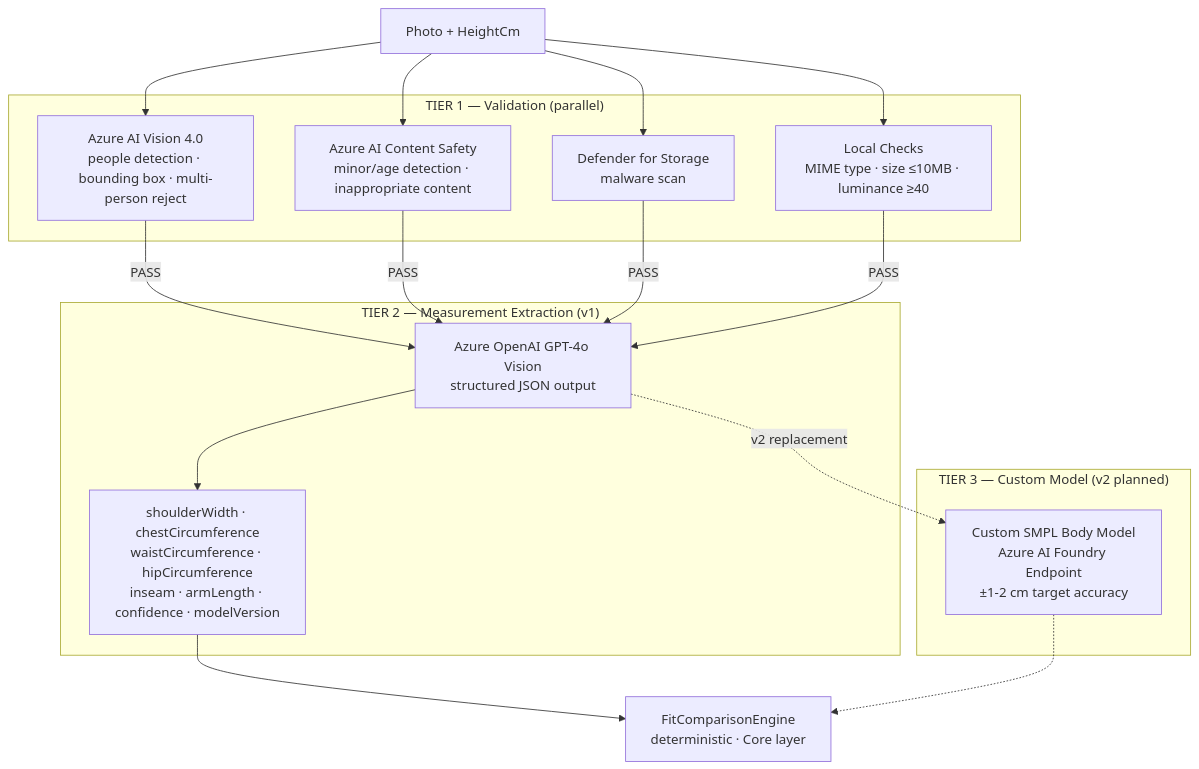
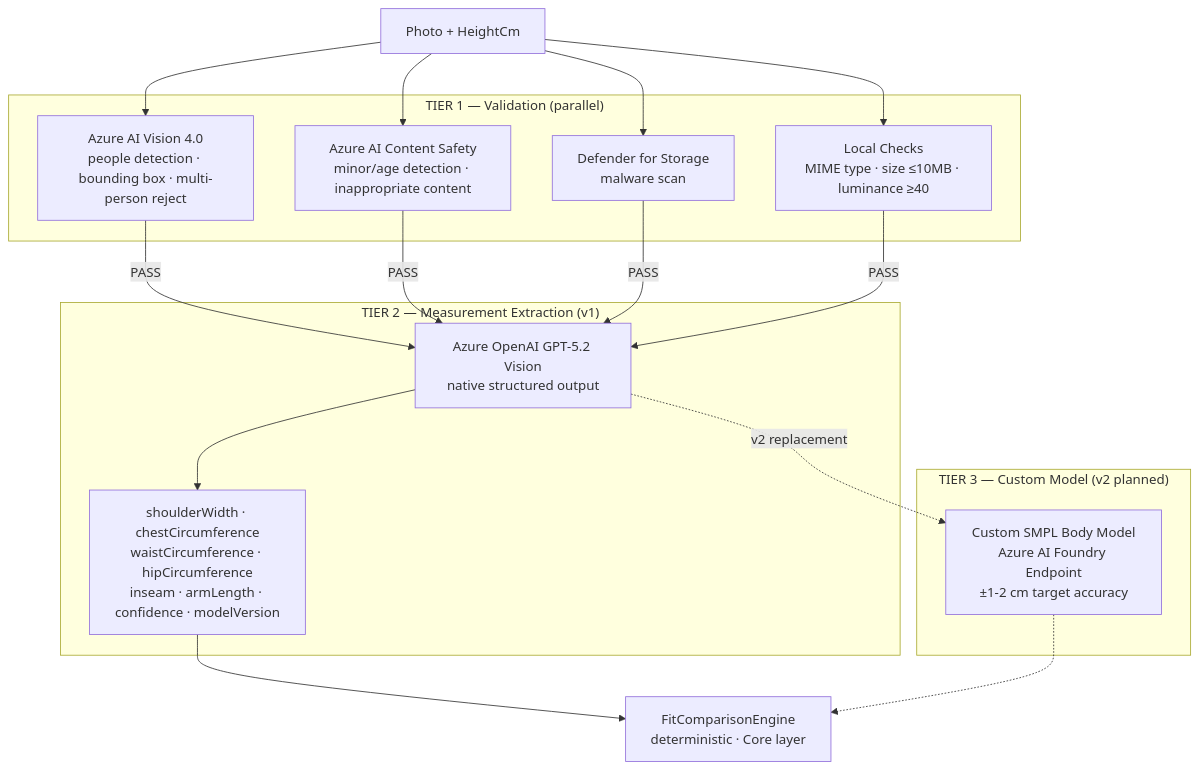
The third of 12 diagrams in docs/architecture/diagrams-mermaid.md (akhayash/RetailTeam-workshop), drawn with Mermaid before and after one commit. The commit also changed other lines of this file and 9 other files, not shown here.

````diff
--- a/docs/architecture/diagrams-mermaid.md
+++ b/docs/architecture/diagrams-mermaid.md
@@ -103,35 +103,35 @@
 ```mermaid
 flowchart TB
     Input[Photo + HeightCm]
 
     subgraph "TIER 1 — Validation (parallel)"
         Vision[Azure AI Vision 4.0<br/>people detection · bounding box · multi-person reject]
         Safety[Azure AI Content Safety<br/>minor/age detection · inappropriate content]
         Defender[Defender for Storage<br/>malware scan]
         Local[Local Checks<br/>MIME type · size ≤10MB · luminance ≥40]
     end
 
     subgraph "TIER 2 — Measurement Extraction (v1)"
-        GPT4o[Azure OpenAI GPT-4o Vision<br/>structured JSON output]
+        GPT52[Azure OpenAI GPT-5.2 Vision<br/>native structured output]
         Output2[shoulderWidth · chestCircumference<br/>waistCircumference · hipCircumference<br/>inseam · armLength · confidence · modelVersion]
     end
 
     subgraph "TIER 3 — Custom Model (v2 planned)"
         CustomModel[Custom SMPL Body Model<br/>Azure AI Foundry Endpoint<br/>±1-2 cm target accuracy]
     end
 
     FCE[FitComparisonEngine<br/>deterministic · Core layer]
 
     Input --> Vision
     Input --> Safety
     Input --> Defender
     Input --> Local
-    Vision -->|PASS| GPT4o
-    Safety -->|PASS| GPT4o
-    Defender -->|PASS| GPT4o
-    Local -->|PASS| GPT4o
-    GPT4o --> Output2
+    Vision -->|PASS| GPT52
+    Safety -->|PASS| GPT52
+    Defender -->|PASS| GPT52
+    Local -->|PASS| GPT52
+    GPT52 --> Output2
     Output2 --> FCE
-    GPT4o -.->|v2 replacement| CustomModel
+    GPT52 -.->|v2 replacement| CustomModel
     CustomModel -.-> FCE
 ```
````
